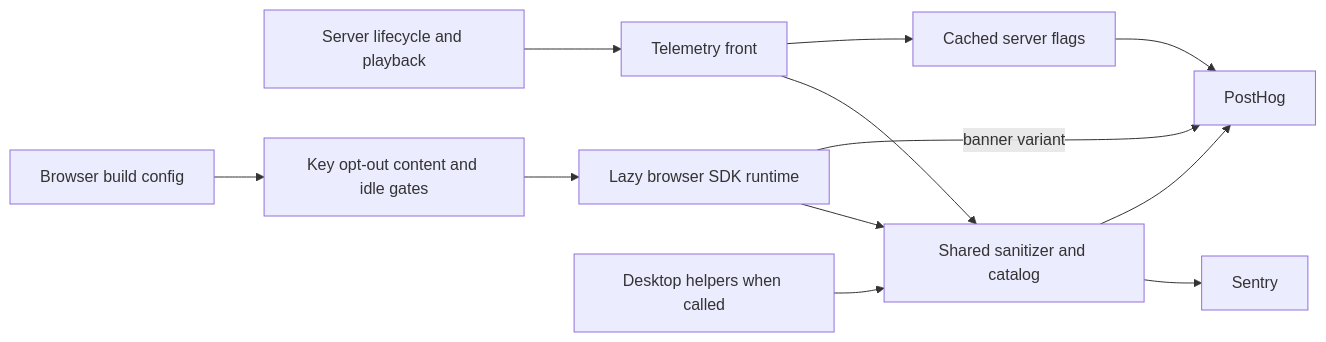
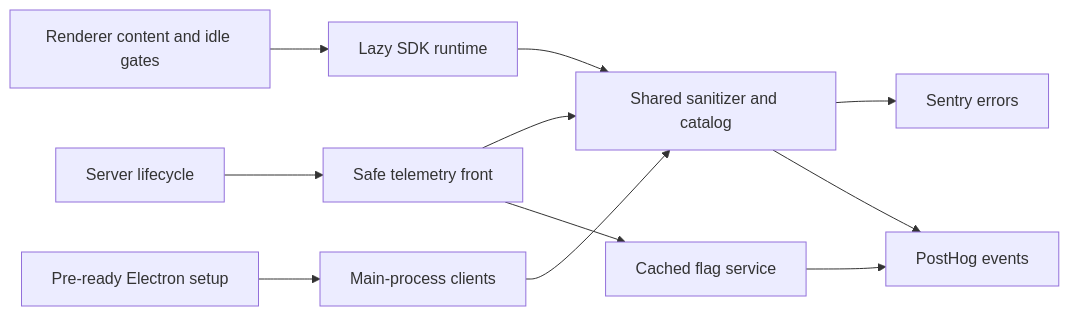
The diagram in droid-wiki/systems/telemetry.md (VeroxAUS/homestream), drawn with Mermaid before and after one commit. The commit also changed other lines of this file and 57 other files, not shown here.

````diff
--- a/droid-wiki/systems/telemetry.md
+++ b/droid-wiki/systems/telemetry.md
@@ -30,14 +21,13 @@
 ```mermaid
 graph LR
-    Lifecycle[Server lifecycle and playback] --> Front[Telemetry front]
-    Front --> Sanitize[Shared sanitizer and catalog]
-    Browser[Browser build config] --> Gate[Key opt-out content and idle gates]
-    Gate --> Runtime[Lazy browser SDK runtime]
-    Runtime --> Sanitize
-    Desktop[Desktop helpers when called] --> Sanitize
-    Sanitize --> Sentry[Sentry]
-    Sanitize --> PostHog[PostHog]
-    Front --> Flags[Cached server flags]
+    Server[Server lifecycle] --> Front[Safe telemetry front]
+    Browser[Renderer content and idle gates] --> Lazy[Lazy SDK runtime]
+    Desktop[Pre-ready Electron setup] --> Main[Main-process clients]
+    Front --> Scrub[Shared sanitizer and catalog]
+    Lazy --> Scrub
+    Main --> Scrub
+    Scrub --> Sentry[Sentry errors]
+    Scrub --> PostHog[PostHog events]
+    Front --> Flags[Cached flag service]
     Flags --> PostHog
-    Runtime -->|banner variant| PostHog
 ```
````
